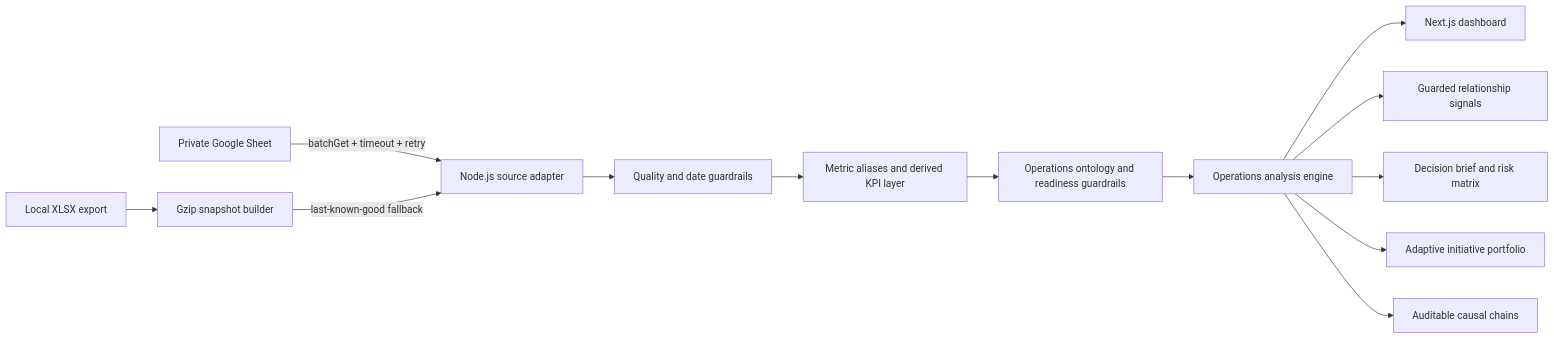
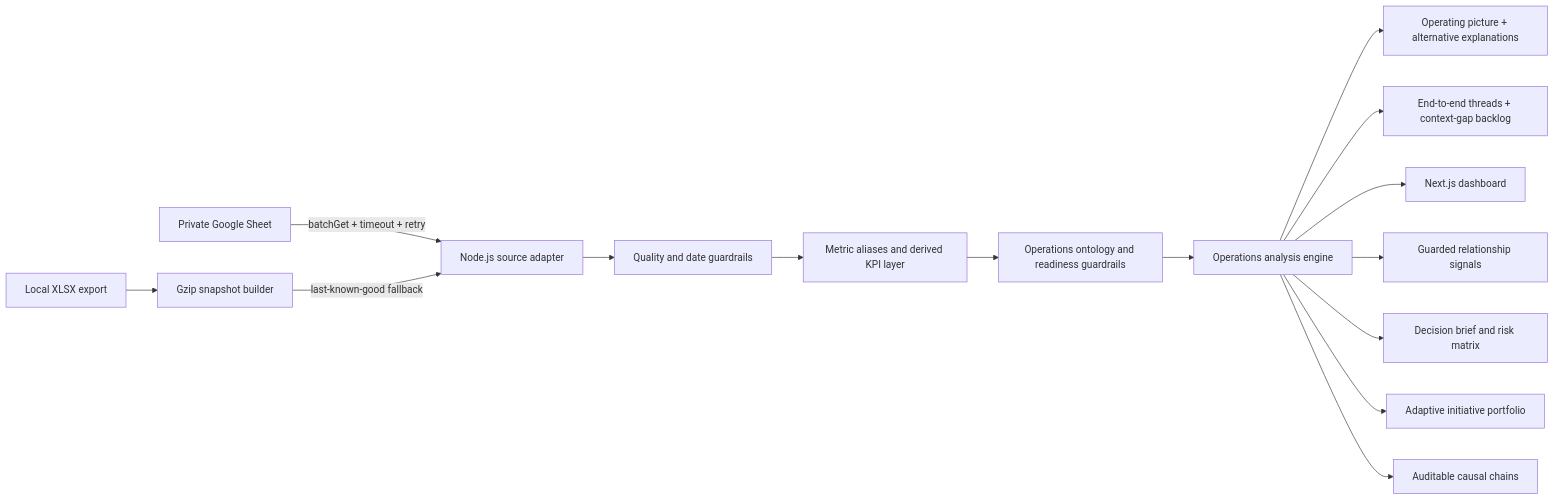
The diagram in README.md (FIT-Developers-Team/ex-analysis-system), drawn with Mermaid before and after one commit. The commit also changed other lines of this file and 7 other files, not shown here.

````diff
--- a/README.md
+++ b/README.md
@@ -24,15 +28,17 @@
 ```mermaid
 flowchart LR
     GS["Private Google Sheet"] -->|"batchGet + timeout + retry"| API["Node.js source adapter"]
     XLSX["Local XLSX export"] --> SNAP["Gzip snapshot builder"]
     SNAP -->|"last-known-good fallback"| API
     API --> DQ["Quality and date guardrails"]
     DQ --> SEM["Metric aliases and derived KPI layer"]
     SEM --> ONT["Operations ontology and readiness guardrails"]
     ONT --> ENG["Operations analysis engine"]
+    ENG --> PIC["Operating picture + alternative explanations"]
+    ENG --> THREAD["End-to-end threads + context-gap backlog"]
     ENG --> UI["Next.js dashboard"]
     ENG --> REL["Guarded relationship signals"]
     ENG --> DEC["Decision brief and risk matrix"]
     ENG --> REC["Adaptive initiative portfolio"]
     ENG --> CAUSE["Auditable causal chains"]
 ```
````
